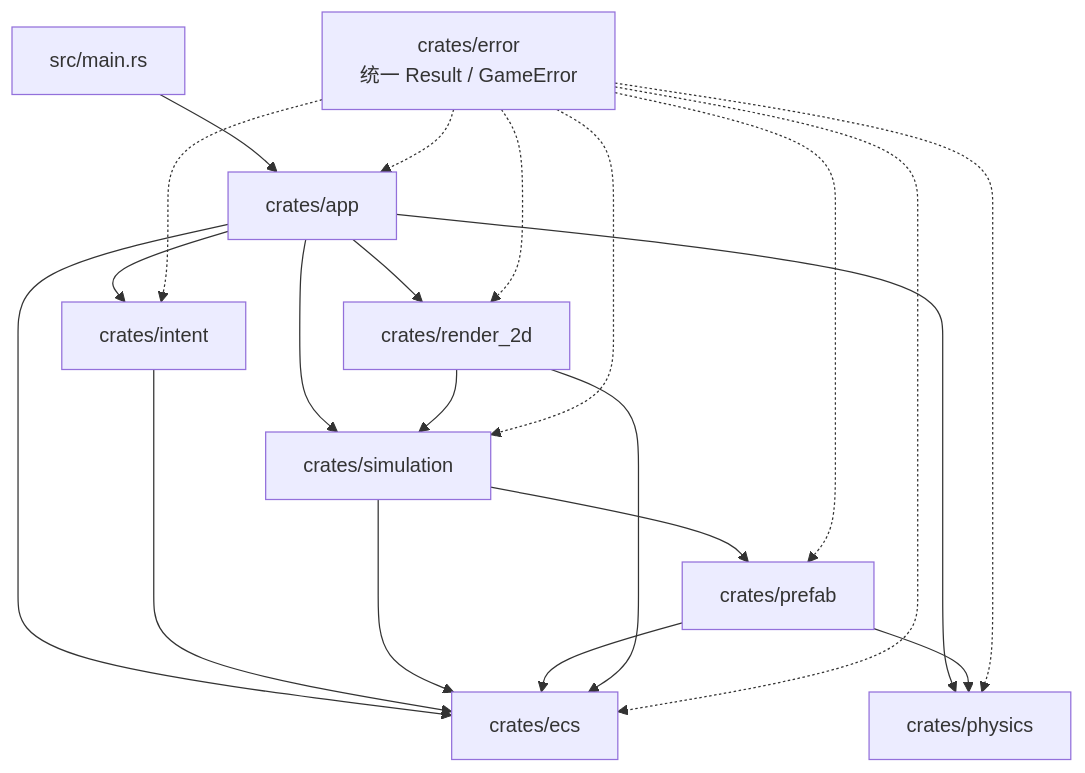
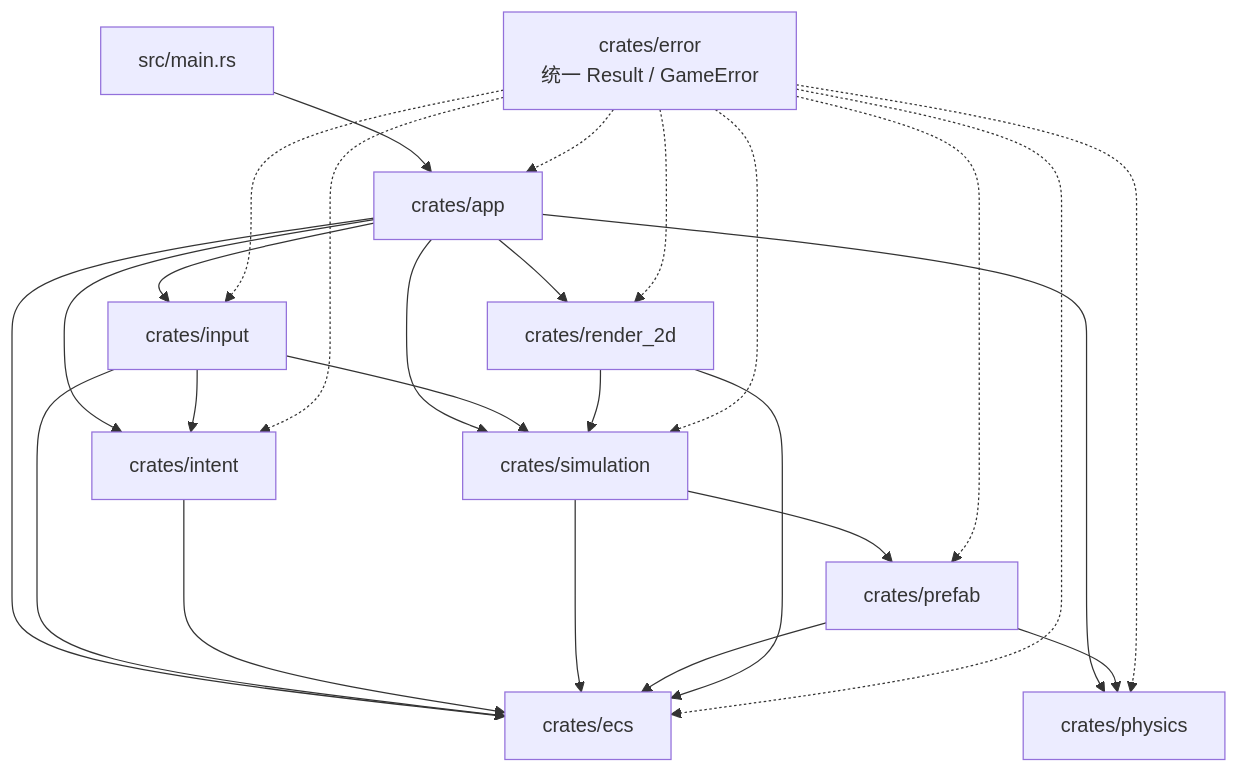
Before and after one commit to atlas-orien/bevy-template: the diagram in README.md, drawn with Mermaid. The commit also changed other lines of this file and 21 other files, not shown here.

Commit message:
Add input crate for source-to-intent translation

````diff
--- a/README.md
+++ b/README.md
@@ -58,30 +60,36 @@
 ```mermaid
 flowchart TD
     main["src/main.rs"] --> app["crates/app"]
 
     app --> ecs["crates/ecs"]
     app --> physics["crates/physics"]
     app --> simulation["crates/simulation"]
+    app --> input["crates/input"]
     app --> intent["crates/intent"]
     app --> render2d["crates/render_2d"]
+
+    input --> ecs
+    input --> intent
+    input --> simulation
 
     intent --> ecs
 
     simulation --> ecs
     simulation --> prefab["crates/prefab"]
 
     prefab --> ecs
     prefab --> physics
 
     render2d --> ecs
     render2d --> simulation
 
     error["crates/error<br/>统一 Result / GameError"]
     error -.-> app
     error -.-> ecs
     error -.-> physics
     error -.-> simulation
+    error -.-> input
     error -.-> intent
     error -.-> prefab
     error -.-> render2d
 ```
````
